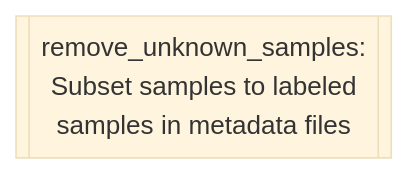
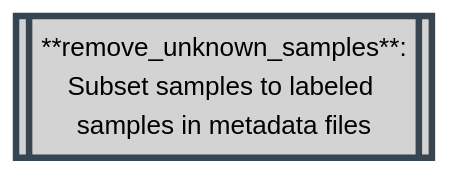
One commit to Tuks-ICMM/Pharmacogenetic-Analysis-Pipeline changed diagram 13 of 34 in docs/02-workflow/02-methodology-summary.md. Above: the diagram before and after it, drawn with Mermaid (base theme). The commit also changed other lines of this file, not shown here.

````diff
--- a/docs/02-workflow/02-methodology-summary.md
+++ b/docs/02-workflow/02-methodology-summary.md
@@ -641,4 +744,9 @@
   ```mermaid
   flowchart TD
-    remove_unknown_samples[[remove_unknown_samples:\nSubset samples to labeled\nsamples in metadata files]]
+    classDef plink stroke:#36454F,fill:#D3D3D3,stroke-width:4px,color:black;
+
+    remove_unknown_samples[[**remove_unknown_samples**:
+Subset samples to labeled samples in metadata files]]
+
+    class remove_unknown_samples plink;
   ```
````
